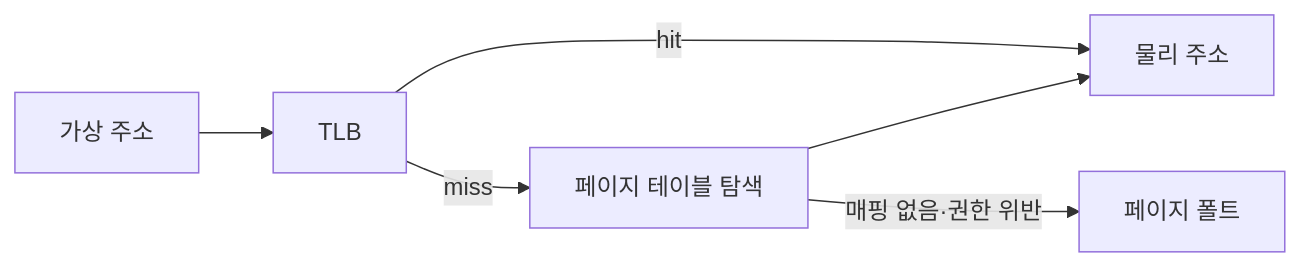
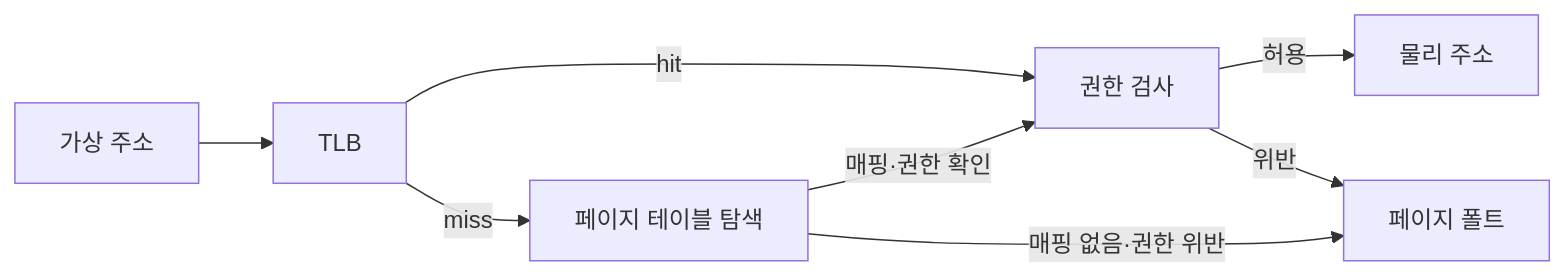
Before and after one commit to Rein-ArXiv/game-dev-curriculum: the second of 3 diagrams in base/part09_operating_system_and_io.md, drawn with Mermaid. The commit also changed other lines of this file and 279 other files, not shown here.

````diff
--- a/base/part09_operating_system_and_io.md
+++ b/base/part09_operating_system_and_io.md
@@ -43,8 +43,10 @@
 ```mermaid
 flowchart LR
     VA[가상 주소] --> TLB[TLB]
-    TLB -->|hit| PA[물리 주소]
+    TLB -->|hit| Perm[권한 검사]
     TLB -->|miss| PT[페이지 테이블 탐색]
-    PT --> PA
+    PT -->|매핑·권한 확인| Perm
     PT -->|매핑 없음·권한 위반| Fault[페이지 폴트]
+    Perm -->|허용| PA[물리 주소]
+    Perm -->|위반| Fault
 ```
````
